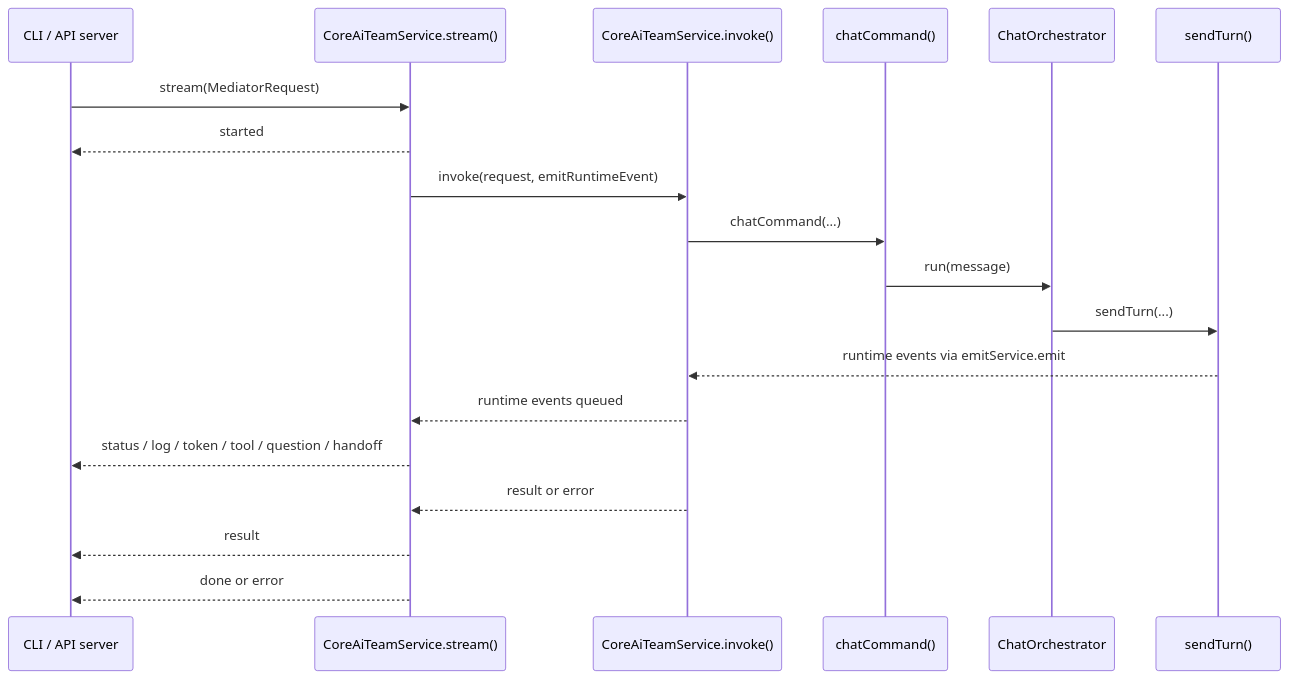
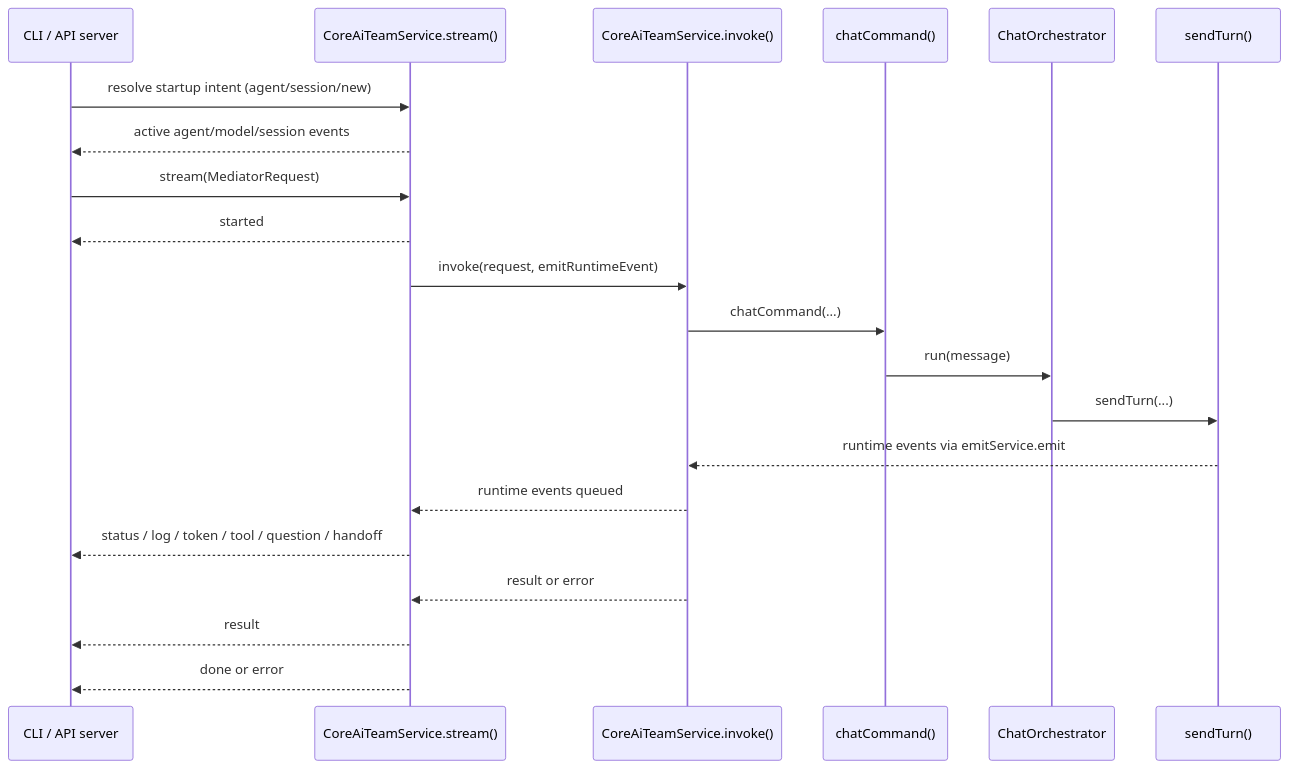
The sixth of 9 diagrams in docs/architecture/diagrams.md (cmeierost/ai-team), drawn with Mermaid before and after one commit. The commit also changed 23 other files, not shown here.

Commit message:
feat: finalize handoff lifecycle documentation, document cancelled command responses for approval failures, update API contracts for service-owned startup resolution, and add identity preservation tests for handoff and session-switch events

````diff
--- a/docs/architecture/diagrams.md
+++ b/docs/architecture/diagrams.md
@@ -166,22 +166,24 @@
 ```mermaid
 sequenceDiagram
   participant Surface as CLI / API server
   participant Service as CoreAiTeamService.stream()
   participant Invoke as CoreAiTeamService.invoke()
   participant Chat as chatCommand()
   participant Orch as ChatOrchestrator
   participant Turn as sendTurn()
 
+  Surface->>Service: resolve startup intent (agent/session/new)
+  Service-->>Surface: active agent/model/session events
   Surface->>Service: stream(MediatorRequest)
   Service-->>Surface: started
   Service->>Invoke: invoke(request, emitRuntimeEvent)
   Invoke->>Chat: chatCommand(...)
   Chat->>Orch: run(message)
   Orch->>Turn: sendTurn(...)
   Turn-->>Invoke: runtime events via emitService.emit
   Invoke-->>Service: runtime events queued
   Service-->>Surface: status / log / token / tool / question / handoff
   Invoke-->>Service: result or error
   Service-->>Surface: result
   Service-->>Surface: done or error
 ```
````
